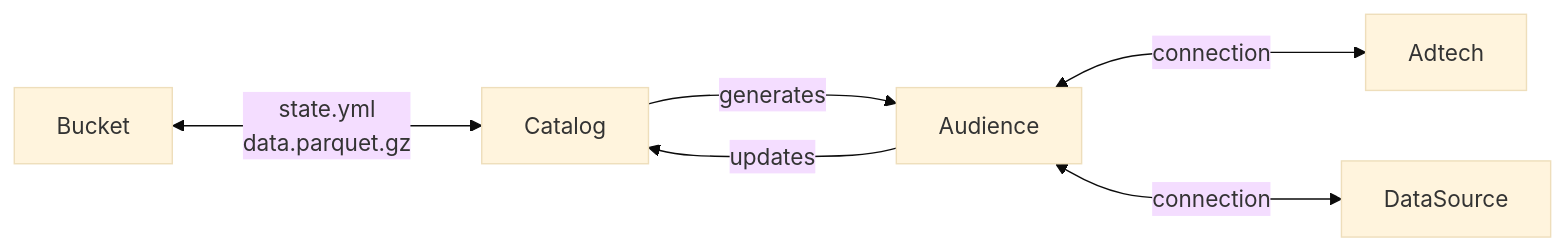
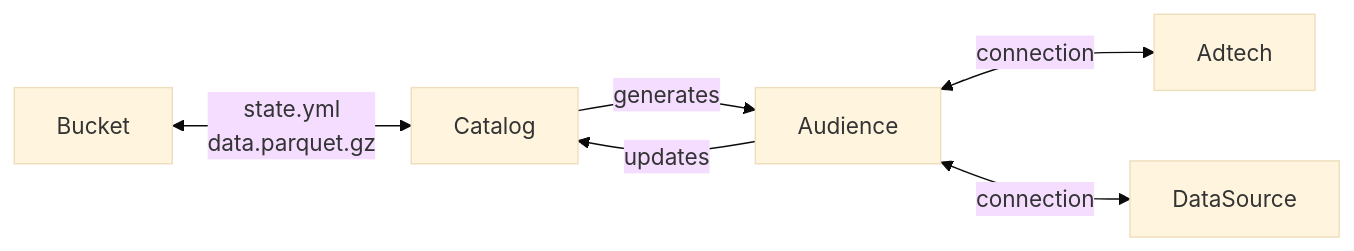
The first of 3 diagrams in README.md (brunopini/dmp-design-pattern-demo), drawn with Mermaid (base theme) before and after one commit. The commit also changed other lines of this file, not shown here.

Commit message:
mermaid fix

````diff
--- a/README.md
+++ b/README.md
@@ -5,9 +5,8 @@
-::: mermaid
+``` mermaid
 graph LR;
-    Bucket<--state.yml
-    data.parquet.gzo-->Catalog;
-    Catalog--generateso-->Audience;
-    Audience<--"connection"o-->Adtech;
-    Audience<--"connection"o-->DataSource;
-    Audience--updateso-->Catalog;
-:::
+    Bucket <-- state.yml<br/>data.parquet.gz --> Catalog
+    Catalog -- generates --> Audience
+    Audience <-- connection --> Adtech
+    Audience <-- connection --> DataSource
+    Audience -- updates --> Catalog
+```
````
